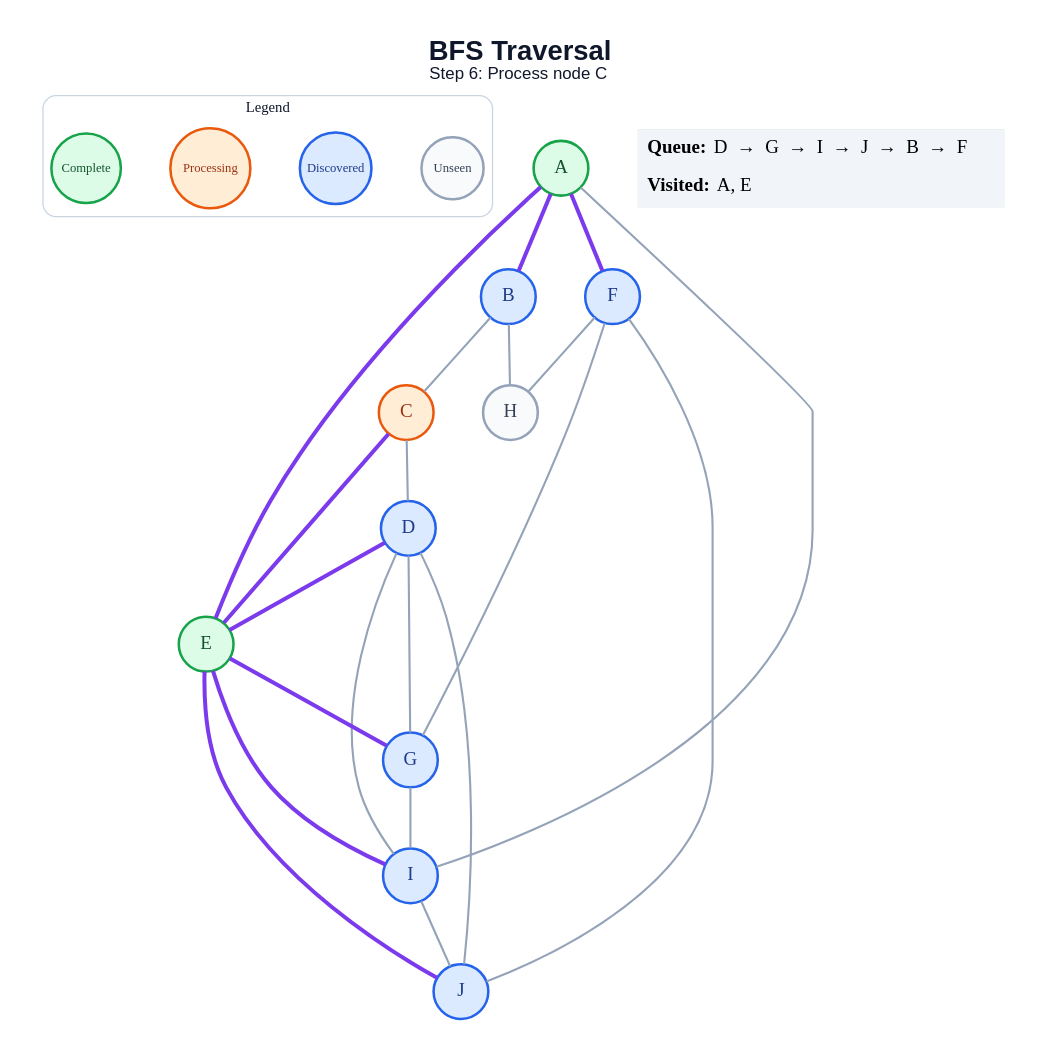
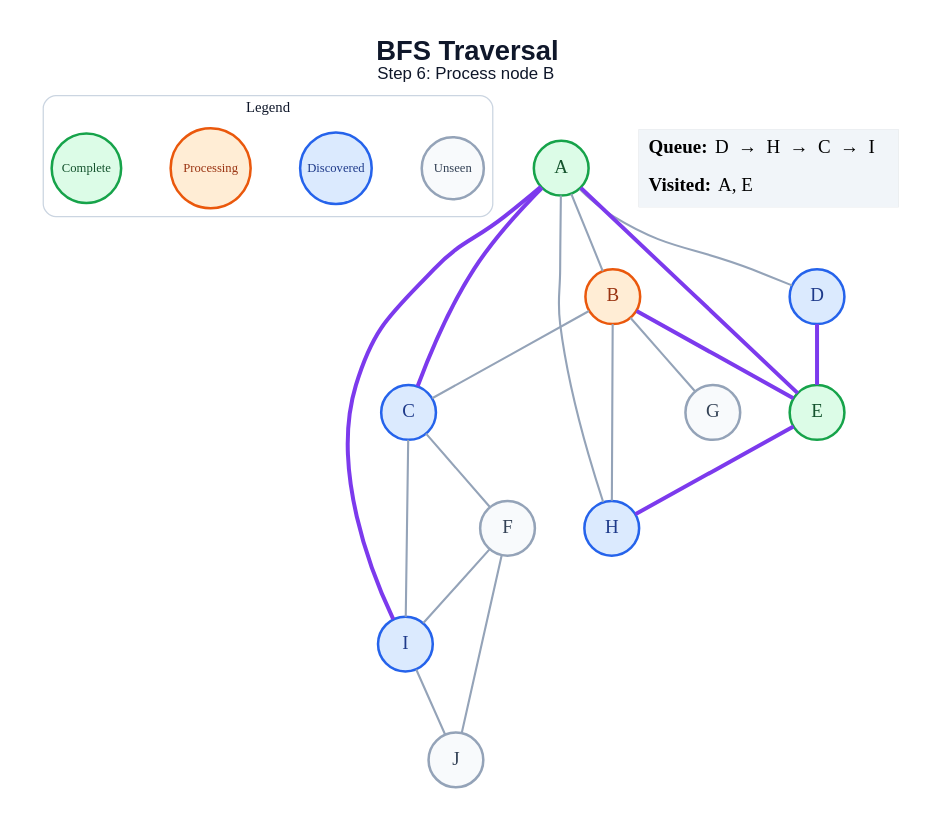
Before and after one commit to amanghodawala9/ai-slop: the diagram in generated/specific-node/bfs/step_06.dot, drawn with Graphviz. The commit also changed 178 other files, not shown here.

```diff
--- a/generated/specific-node/bfs/step_06.dot
+++ b/generated/specific-node/bfs/step_06.dot
@@ -1,49 +1,46 @@
 graph traversal {
   graph [layout=dot, rankdir=TB, bgcolor="#FFFFFF", pad="0.35", nodesep="0.65", ranksep="0.8", fontname="Arial"];
   node [shape=circle, style="filled", fontname="Arial Bold", fontsize=18, width=0.72, fixedsize=true, penwidth=2.4];
   edge [color="#94A3B8", penwidth=2.0];
-  label=<<B>BFS Traversal</B><BR/><FONT POINT-SIZE="16">Step 6: Process node C</FONT>>; labelloc="t"; fontsize=26; fontname="Arial"; fontcolor="#0F172A";
+  label=<<B>BFS Traversal</B><BR/><FONT POINT-SIZE="16">Step 6: Process node B</FONT>>; labelloc="t"; fontsize=26; fontname="Arial"; fontcolor="#0F172A";
   subgraph cluster_legend { label="Legend"; color="#CBD5E1"; penwidth=1.2; style="rounded"; fontsize=14; fontname="Arial Bold";
     key_unseen [label="Unseen", fillcolor="#F8FAFC", color="#94A3B8", fontcolor="#334155", fontsize=12, width=0.82];
     key_frontier [label="Discovered", fillcolor="#DBEAFE", color="#2563EB", fontcolor="#1E3A8A", fontsize=12, width=0.95];
     key_current [label="Processing", fillcolor="#FFEDD5", color="#EA580C", fontcolor="#9A3412", fontsize=12, width=1.05];
     key_done [label="Complete", fillcolor="#DCFCE7", color="#16A34A", fontcolor="#14532D", fontsize=12, width=0.92];
     { rank=same; key_unseen; key_frontier; key_current; key_done; }
   }
   A [fillcolor="#DCFCE7", color="#16A34A", fontcolor="#14532D"];
-  B [fillcolor="#DBEAFE", color="#2563EB", fontcolor="#1E3A8A"];
-  C [fillcolor="#FFEDD5", color="#EA580C", fontcolor="#9A3412"];
+  B [fillcolor="#FFEDD5", color="#EA580C", fontcolor="#9A3412"];
+  C [fillcolor="#DBEAFE", color="#2563EB", fontcolor="#1E3A8A"];
   D [fillcolor="#DBEAFE", color="#2563EB", fontcolor="#1E3A8A"];
   E [fillcolor="#DCFCE7", color="#16A34A", fontcolor="#14532D"];
-  F [fillcolor="#DBEAFE", color="#2563EB", fontcolor="#1E3A8A"];
-  G [fillcolor="#DBEAFE", color="#2563EB", fontcolor="#1E3A8A"];
-  H [fillcolor="#F8FAFC", color="#94A3B8", fontcolor="#334155"];
+  F [fillcolor="#F8FAFC", color="#94A3B8", fontcolor="#334155"];
+  G [fillcolor="#F8FAFC", color="#94A3B8", fontcolor="#334155"];
+  H [fillcolor="#DBEAFE", color="#2563EB", fontcolor="#1E3A8A"];
   I [fillcolor="#DBEAFE", color="#2563EB", fontcolor="#1E3A8A"];
-  J [fillcolor="#DBEAFE", color="#2563EB", fontcolor="#1E3A8A"];
-  A -- B [color="#7C3AED", penwidth=3.8];
+  J [fillcolor="#F8FAFC", color="#94A3B8", fontcolor="#334155"];
+  A -- B;
+  A -- C [color="#7C3AED", penwidth=3.8];
+  A -- D;
   A -- E [color="#7C3AED", penwidth=3.8];
-  A -- F [color="#7C3AED", penwidth=3.8];
-  A -- I;
+  A -- H;
+  A -- I [color="#7C3AED", penwidth=3.8];
   B -- C;
+  B -- E [color="#7C3AED", penwidth=3.8];
+  B -- G;
   B -- H;
-  C -- D;
-  C -- E [color="#7C3AED", penwidth=3.8];
+  C -- F;
+  C -- I;
   D -- E [color="#7C3AED", penwidth=3.8];
-  D -- G;
-  D -- I;
-  D -- J;
-  E -- G [color="#7C3AED", penwidth=3.8];
-  E -- I [color="#7C3AED", penwidth=3.8];
-  E -- J [color="#7C3AED", penwidth=3.8];
-  F -- G;
-  F -- H;
+  E -- H [color="#7C3AED", penwidth=3.8];
+  F -- I;
   F -- J;
-  G -- I;
   I -- J;
   status [shape=plain, fixedsize=false, width=0, height=0, margin=0, label=<
     <TABLE BORDER="0" CELLBORDER="0" CELLPADDING="7" BGCOLOR="#F1F5F9">
-      <TR><TD ALIGN="LEFT"><B>Queue:</B> D  →  G  →  I  →  J  →  B  →  F</TD></TR>
+      <TR><TD ALIGN="LEFT"><B>Queue:</B> D  →  H  →  C  →  I</TD></TR>
       <TR><TD ALIGN="LEFT"><B>Visited:</B> A, E</TD></TR>
     </TABLE>
   >];
 }
```
